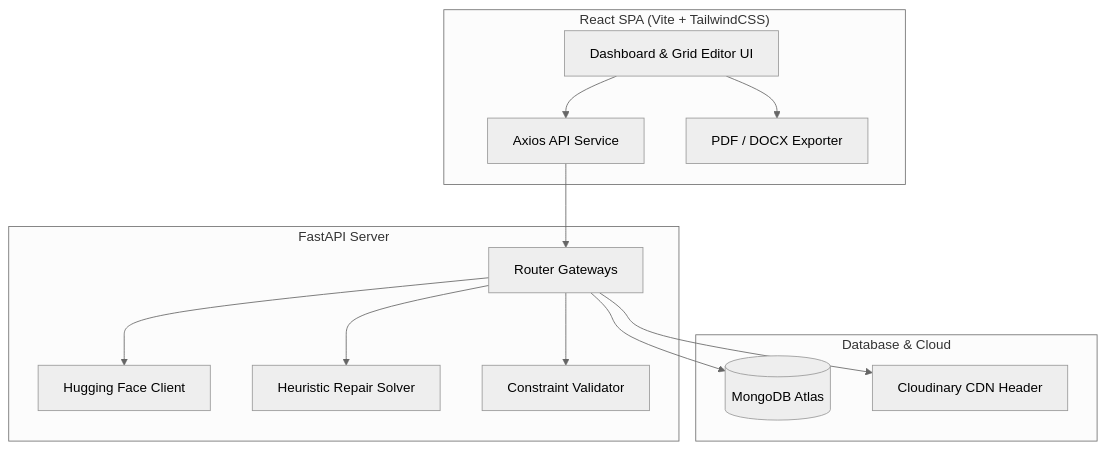
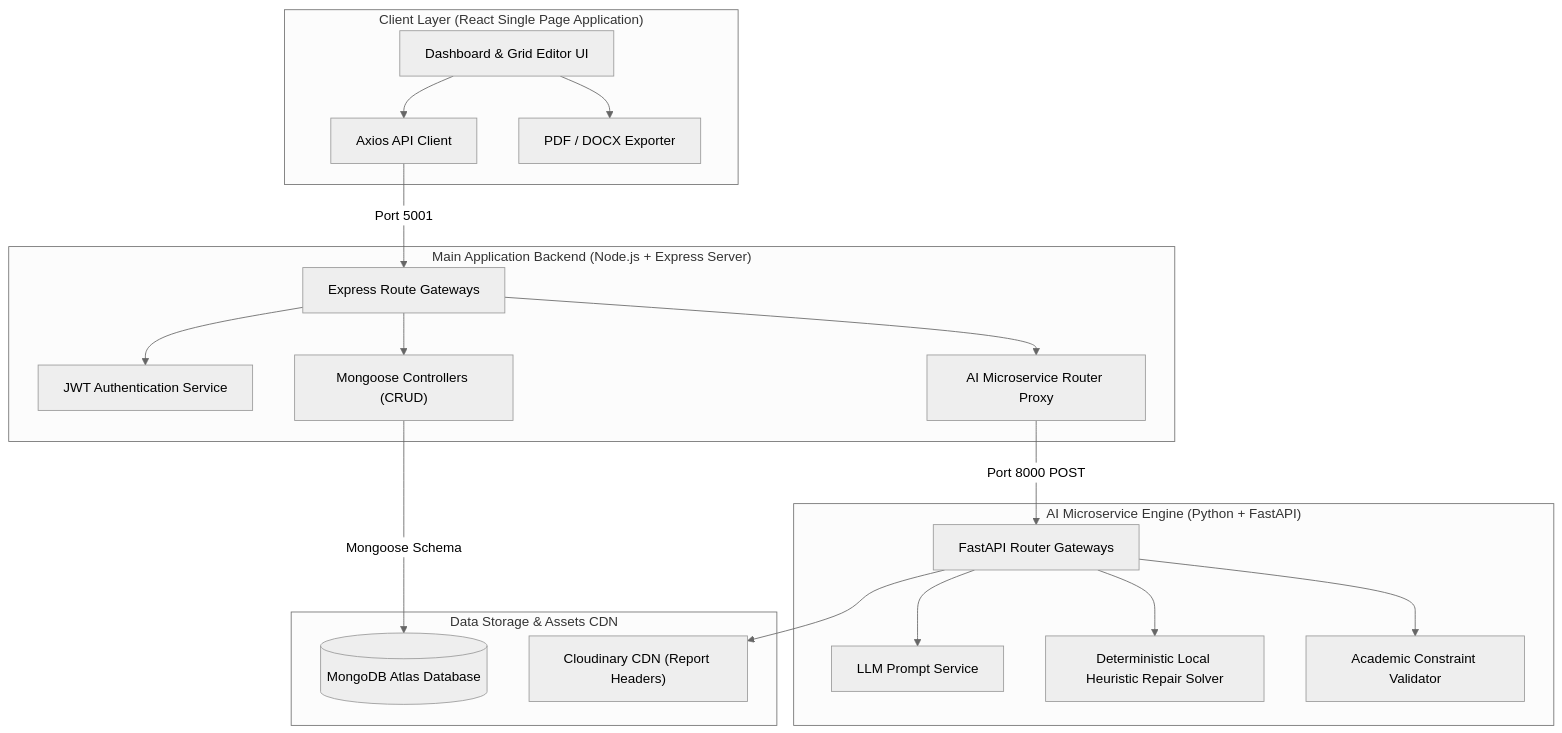
One commit to MohammedAnsari123/time-table-generater changed the first of 2 diagrams in README.md. Above: the diagram before and after it, drawn with Mermaid (neutral theme). The commit also changed other lines of this file, not shown here.

````diff
--- a/README.md
+++ b/README.md
@@ -47,29 +11,41 @@
 ```mermaid
-flowchart TD
-    subgraph Frontend ["React SPA (Vite + TailwindCSS)"]
+flowchart TB
+    subgraph Client ["Client Layer (React Single Page Application)"]
         UI["Dashboard & Grid Editor UI"]
-        API["Axios API Service"]
-        Export["PDF / DOCX Exporter"]
+        API["Axios API Client"]
+        Exporter["PDF / DOCX Exporter"]
     end
 
-    subgraph Backend ["FastAPI Server"]
-        Router["Router Gateways"]
-        HF["Hugging Face Client"]
-        Repair["Heuristic Repair Solver"]
-        Validator["Constraint Validator"]
+    subgraph NodeAPI ["Main Application Backend (Node.js + Express Server)"]
+        NodeRouter["Express Route Gateways"]
+        AuthService["JWT Authentication Service"]
+        DBController["Mongoose Controllers (CRUD)"]
+        ProxyService["AI Microservice Router Proxy"]
     end
 
-    subgraph Storage ["Database & Cloud"]
-        Mongo[("MongoDB Atlas")]
-        Cloudinary["Cloudinary CDN Header"]
+    subgraph PythonAI ["AI Microservice Engine (Python + FastAPI)"]
+        FastRouter["FastAPI Router Gateways"]
+        LLMService["LLM Prompt Service"]
+        RepairSolver["Deterministic Local Heuristic Repair Solver"]
+        Validator["Academic Constraint Validator"]
     end
 
+    subgraph Data ["Data Storage & Assets CDN"]
+        Mongo[("MongoDB Atlas Database")]
+        Cloudinary["Cloudinary CDN (Report Headers)"]
+    end
+
+    %% Interactions
     UI --> API
-    UI --> Export
-    API --> Router
-    Router --> Mongo
-    Router --> HF
-    Router --> Repair
-    Router --> Validator
-    Router --> Cloudinary
+    UI --> Exporter
+    API -->|Port 5001| NodeRouter
+    NodeRouter --> AuthService
+    NodeRouter --> DBController
+    NodeRouter --> ProxyService
+    DBController -->|Mongoose Schema| Mongo
+    ProxyService -->|Port 8000 POST| FastRouter
+    FastRouter --> LLMService
+    FastRouter --> RepairSolver
+    FastRouter --> Validator
+    FastRouter --> Cloudinary
 ```
````
